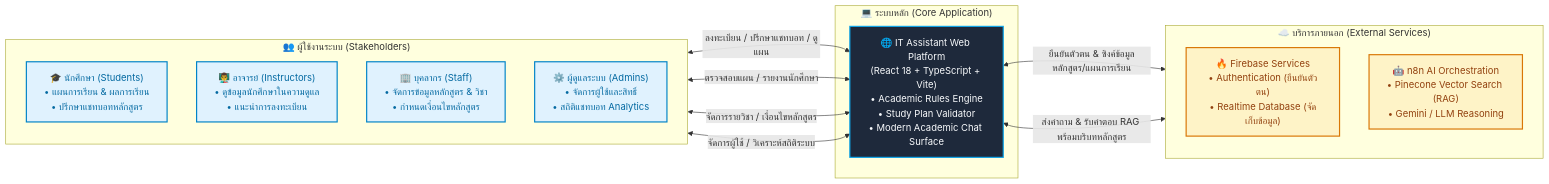
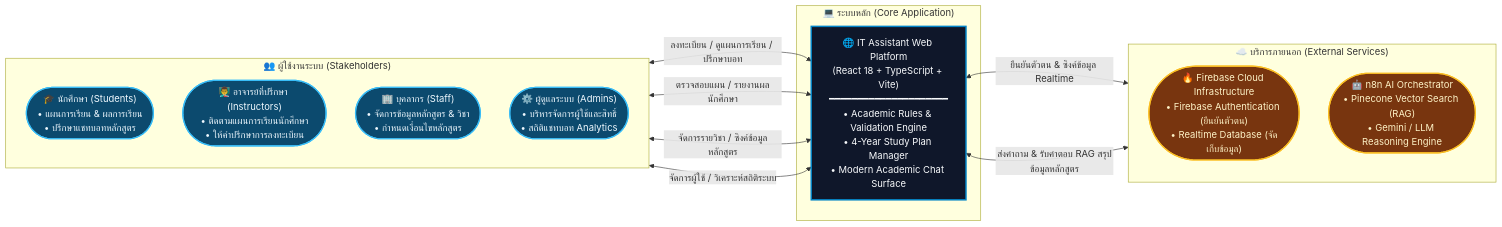
One commit to kainapatkmutnb/it-course-chatbot-main changed the first of 4 diagrams in README.md. Above: the diagram before and after it, drawn with Mermaid. The commit also changed other lines of this file and 1 other file, not shown here.

Commit message:
docs: redesign README with luxury editorial hero, bento metric showcase, and designer-grade diagrams

````diff
--- a/README.md
+++ b/README.md
@@ -28,32 +48,33 @@
 ```mermaid
 flowchart LR
-    classDef actor fill:#E0F2FE,stroke:#0284C7,stroke-width:2px,color:#0369A1;
-    classDef system fill:#1E293B,stroke:#0EA5E9,stroke-width:2px,color:#F8FAFC;
-    classDef external fill:#FEF3C7,stroke:#D97706,stroke-width:2px,color:#92400E;
+    %% High-Contrast Theme Palette
+    classDef actor fill:#0C4A6E,stroke:#38BDF8,stroke-width:2px,color:#F0F9FF;
+    classDef system fill:#0F172A,stroke:#0284C7,stroke-width:2.5px,color:#F8FAFC;
+    classDef external fill:#78350F,stroke:#FBBF24,stroke-width:2px,color:#FEF3C7;
 
     subgraph Actors ["👥 ผู้ใช้งานระบบ (Stakeholders)"]
         direction TB
-        Student["🎓 นักศึกษา (Students)<br/>• แผนการเรียน & ผลการเรียน<br/>• ปรึกษาแชทบอทหลักสูตร"]:::actor
-        Instructor["👨‍🏫 อาจารย์ (Instructors)<br/>• ดูข้อมูลนักศึกษาในความดูแล<br/>• แนะนำการลงทะเบียน"]:::actor
-        Staff["🏢 บุคลากร (Staff)<br/>• จัดการข้อมูลหลักสูตร & วิชา<br/>• กำหนดเงื่อนไขหลักสูตร"]:::actor
-        Admin["⚙️ ผู้ดูแลระบบ (Admins)<br/>• จัดการผู้ใช้และสิทธิ์<br/>• สถิติแชทบอท Analytics"]:::actor
+        Student(["🎓 นักศึกษา (Students)<br/>• แผนการเรียน & ผลการเรียน<br/>• ปรึกษาแชทบอทหลักสูตร"]):::actor
+        Instructor(["👨‍🏫 อาจารย์ที่ปรึกษา (Instructors)<br/>• ติดตามแผนการเรียนนักศึกษา<br/>• ให้คำปรึกษาการลงทะเบียน"]):::actor
+        Staff(["🏢 บุคลากร (Staff)<br/>• จัดการข้อมูลหลักสูตร & วิชา<br/>• กำหนดเงื่อนไขหลักสูตร"]):::actor
+        Admin(["⚙️ ผู้ดูแลระบบ (Admins)<br/>• บริหารจัดการผู้ใช้และสิทธิ์<br/>• สถิติแชทบอท Analytics"]):::actor
     end
 
     subgraph Core ["💻 ระบบหลัก (Core Application)"]
-        WebApp["🌐 IT Assistant Web Platform<br/>(React 18 + TypeScript + Vite)<br/>• Academic Rules Engine<br/>• Study Plan Validator<br/>• Modern Academic Chat Surface"]:::system
+        WebApp["🌐 IT Assistant Web Platform<br/>(React 18 + TypeScript + Vite)<br/>━━━━━━━━━━━━━━━━━━━━━<br/>• Academic Rules & Validation Engine<br/>• 4-Year Study Plan Manager<br/>• Modern Academic Chat Surface"]:::system
     end
 
     subgraph Services ["☁️ บริการภายนอก (External Services)"]
         direction TB
-        Firebase["🔥 Firebase Services<br/>• Authentication (ยืนยันตัวตน)<br/>• Realtime Database (จัดเก็บข้อมูล)"]:::external
-        N8N["🤖 n8n AI Orchestration<br/>• Pinecone Vector Search (RAG)<br/>• Gemini / LLM Reasoning"]:::external
+        Firebase(["🔥 Firebase Cloud Infrastructure<br/>• Firebase Authentication (ยืนยันตัวตน)<br/>• Realtime Database (จัดเก็บข้อมูล)"]):::external
+        N8N(["🤖 n8n AI Orchestrator<br/>• Pinecone Vector Search (RAG)<br/>• Gemini / LLM Reasoning Engine"]):::external
     end
 
-    Student <-->|"ลงทะเบียน / ปรึกษาแชทบอท / ดูแผน"| WebApp
-    Instructor <-->|"ตรวจสอบแผน / รายงานนักศึกษา"| WebApp
-    Staff <-->|"จัดการรายวิชา / เงื่อนไขหลักสูตร"| WebApp
+    Student <-->|"ลงทะเบียน / ดูแผนการเรียน / ปรึกษาบอท"| WebApp
+    Instructor <-->|"ตรวจสอบแผน / รายงานผลนักศึกษา"| WebApp
+    Staff <-->|"จัดการรายวิชา / ซิงค์ข้อมูลหลักสูตร"| WebApp
     Admin <-->|"จัดการผู้ใช้ / วิเคราะห์สถิติระบบ"| WebApp
 
-    WebApp <-->|"ยืนยันตัวตน & ซิงค์ข้อมูลหลักสูตร/แผนการเรียน"| Firebase
-    WebApp <-->|"ส่งคำถาม & รับคำตอบ RAG พร้อมบริบทหลักสูตร"| N8N
+    WebApp <-->|"ยืนยันตัวตน & ซิงค์ข้อมูล Realtime"| Firebase
+    WebApp <-->|"ส่งคำถาม & รับคำตอบ RAG สรุปข้อมูลหลักสูตร"| N8N
 ```
````
